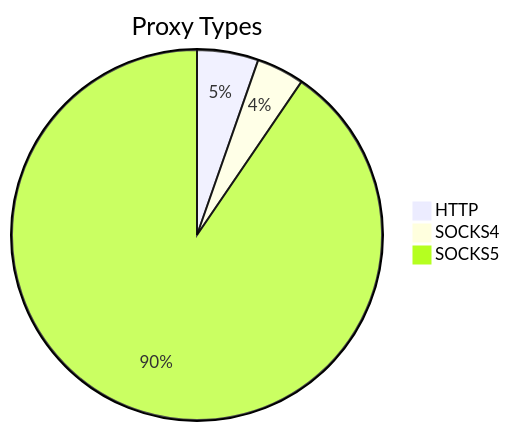
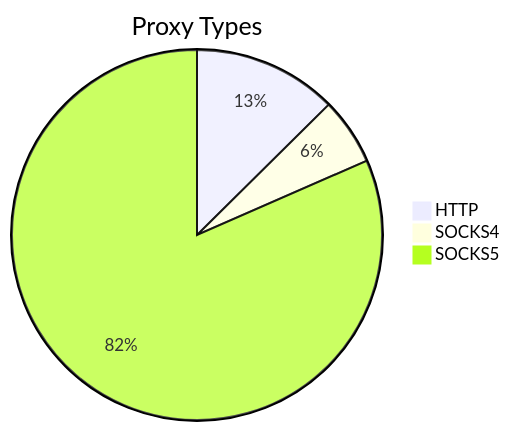
Before and after one commit to stormsia/proxy-list: the first of 2 diagrams in README.md, drawn with Mermaid. The commit also changed other lines of this file, not shown here.

````diff
--- a/README.md
+++ b/README.md
@@ -21,6 +21,6 @@
 ```mermaid
 pie title Proxy Types
-    "HTTP" : 63
-    "SOCKS4" : 49
-    "SOCKS5" : 1064
+    "HTTP" : 58
+    "SOCKS4" : 27
+    "SOCKS5" : 376
 ```
````
